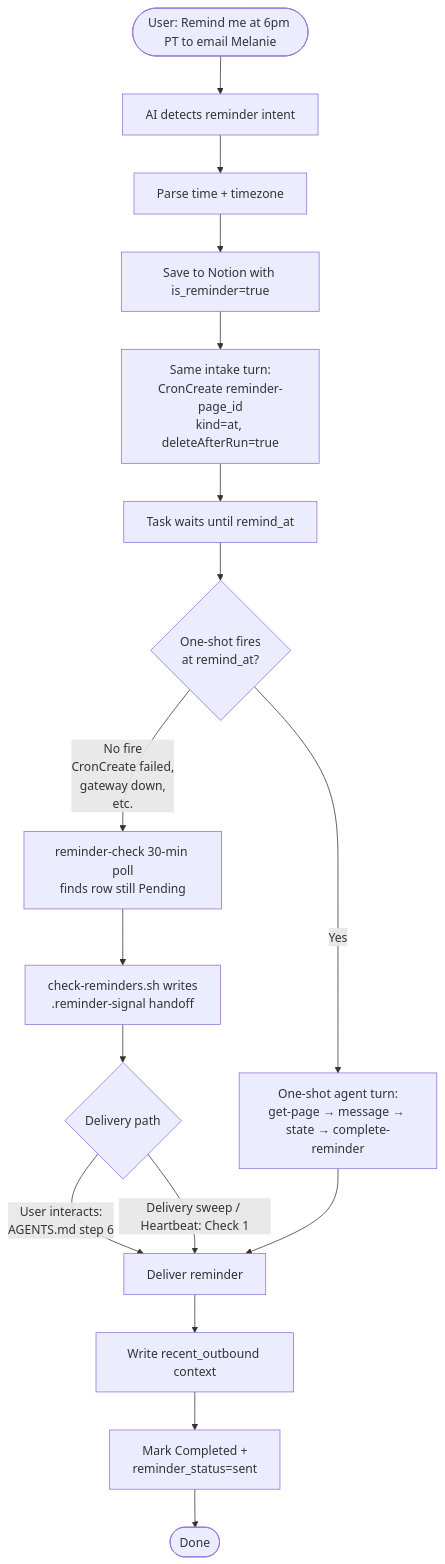
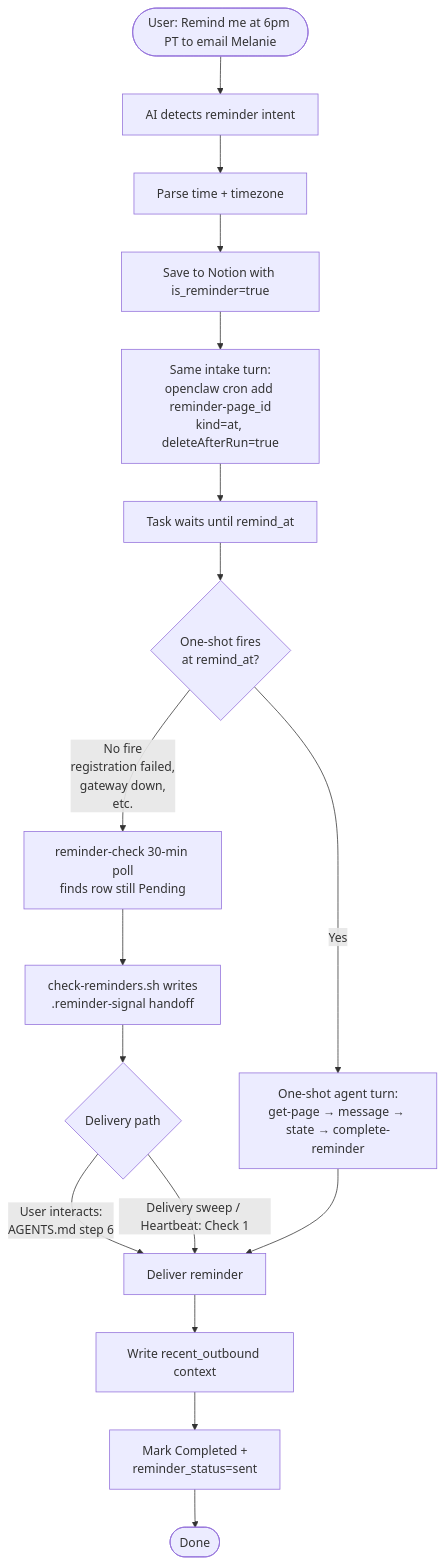
Before and after one commit to NickBorgersProbably/hide-my-list: diagram 28 of 29 in docs/task-lifecycle.md, drawn with Mermaid. The commit also changed other lines of this file and 13 other files, not shown here.

Commit message:
Fix reminder cron guard docs for CLI path

````diff
--- a/docs/task-lifecycle.md
+++ b/docs/task-lifecycle.md
@@ -917,23 +917,23 @@
 ```mermaid
 flowchart TD
     Intake([User: Remind me at 6pm PT to email Melanie]) --> Detect[AI detects reminder intent]
     Detect --> Parse[Parse time + timezone]
     Parse --> Save[Save to Notion with is_reminder=true]
-    Save --> RegisterCron[Same intake turn:<br/>CronCreate reminder-page_id<br/>kind=at, deleteAfterRun=true]
+    Save --> RegisterCron[Same intake turn:<br/>openclaw cron add reminder-page_id<br/>kind=at, deleteAfterRun=true]
     RegisterCron --> Wait[Task waits until remind_at]
 
     Wait --> OneShot{One-shot fires<br/>at remind_at?}
     OneShot -->|Yes| OneShotRun[One-shot agent turn:<br/>get-page → message → state → complete-reminder]
-    OneShot -->|No fire<br/>CronCreate failed,<br/>gateway down,<br/>etc.| SafetyNet[reminder-check 30-min poll<br/>finds row still Pending]
+    OneShot -->|No fire<br/>registration failed,<br/>gateway down,<br/>etc.| SafetyNet[reminder-check 30-min poll<br/>finds row still Pending]
     SafetyNet --> Handoff[check-reminders.sh writes<br/>.reminder-signal handoff]
     Handoff --> SafetyDeliver{Delivery path}
     SafetyDeliver -->|User interacts:<br/>AGENTS.md step 6| Send
     SafetyDeliver -->|Delivery sweep / Heartbeat: Check 1| Send
 
     OneShotRun --> Send[Deliver reminder]
 
     Send --> Context[Write recent_outbound context]
     Context --> Complete[Mark Completed +<br/>reminder_status=sent]
 
     Complete --> Done([Done])
 ```
````
